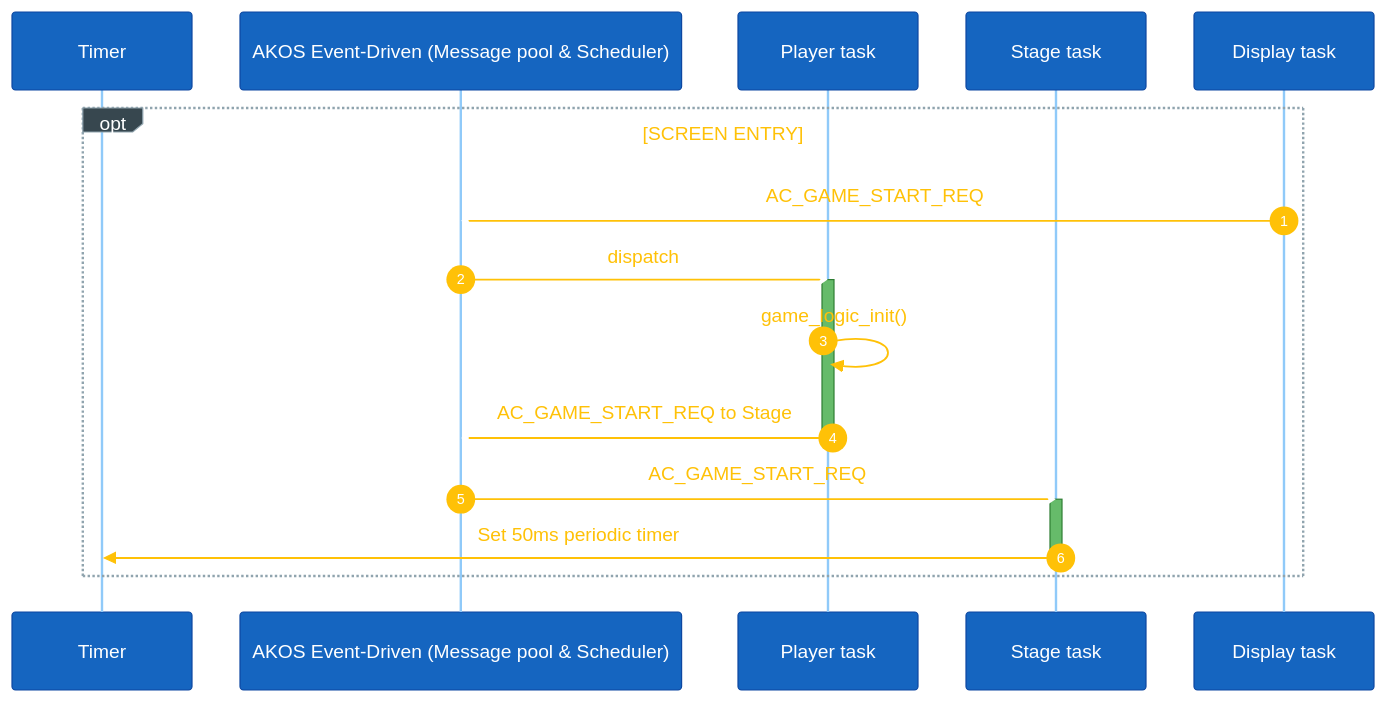
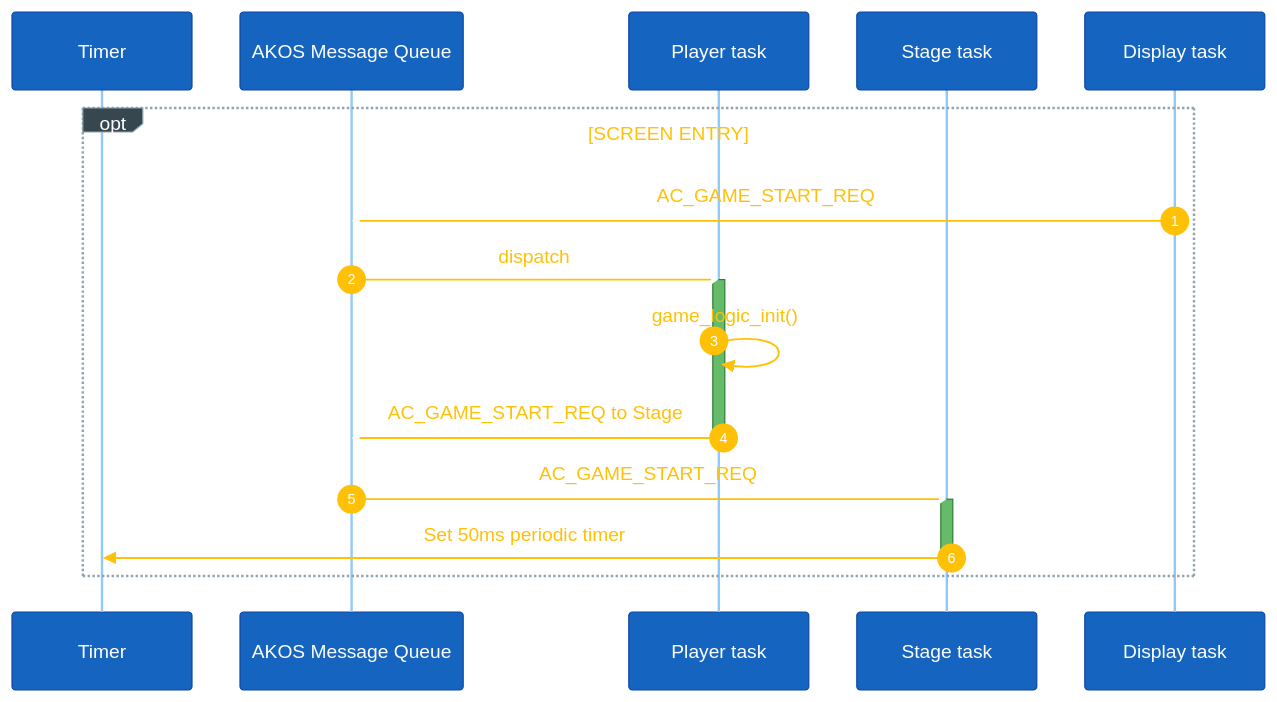
One commit to Khang123699/space_shooter_game changed the first of 3 diagrams in README.md. Above: the diagram before and after it, drawn with Mermaid. The commit also changed other lines of this file, not shown here.

````diff
--- a/README.md
+++ b/README.md
@@ -184,24 +184,24 @@
 ```mermaid
 %%{init: {'theme':'base','themeVariables':{'fontSize':'18px','primaryColor':'#1565c0','primaryTextColor':'#ffffff','primaryBorderColor':'#0d47a1','lineColor':'#90a4ae','signalColor':'#ffc107','signalTextColor':'#ffc107','actorBkg':'#1565c0','actorBorder':'#0d47a1','actorTextColor':'#ffffff','actorLineColor':'#90caf9','noteBkgColor':'#fff59d','noteTextColor':'#000000','noteBorderColor':'#f57f17','activationBkgColor':'#66bb6a','activationBorderColor':'#2e7d32','sequenceNumberColor':'#ffffff','loopTextColor':'#ffc107','labelBoxBkgColor':'#37474f','labelBoxBorderColor':'#90a4ae','labelTextColor':'#ffffff'},'sequence':{'actorMargin':40,'messageFontSize':17,'noteFontSize':15,'actorFontSize':17,'boxMargin':15,'boxTextMargin':8,'noteMargin':12,'useMaxWidth':true}}}%%
 sequenceDiagram
     autonumber
     participant Tmr as Timer
-    participant Q as AKOS Event-Driven (Message pool & Scheduler)
+    participant Q as AKOS Message Queue
     participant Plr as Player task
     participant Stg as Stage task
     participant UI as Display task
 
     opt SCREEN ENTRY
         UI-)Q: AC_GAME_START_REQ
         Q-)Plr: dispatch
         activate Plr
         Plr->>Plr: game_logic_init()
         Plr-)Q: AC_GAME_START_REQ to Stage
         deactivate Plr
         
         Q-)Stg: AC_GAME_START_REQ
         activate Stg
         Stg->>Tmr: Set 50ms periodic timer
         deactivate Stg
     end
 ```
````
